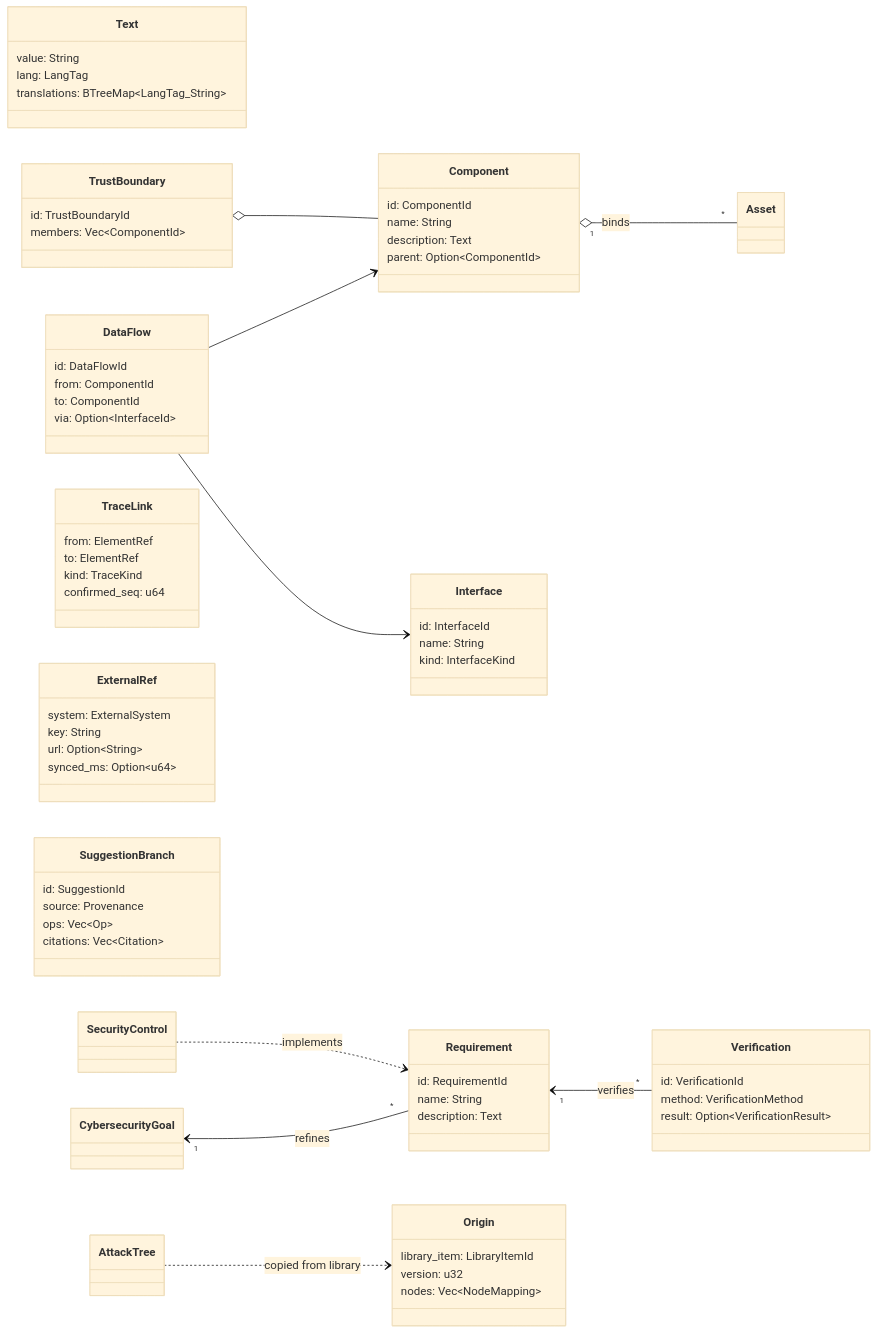
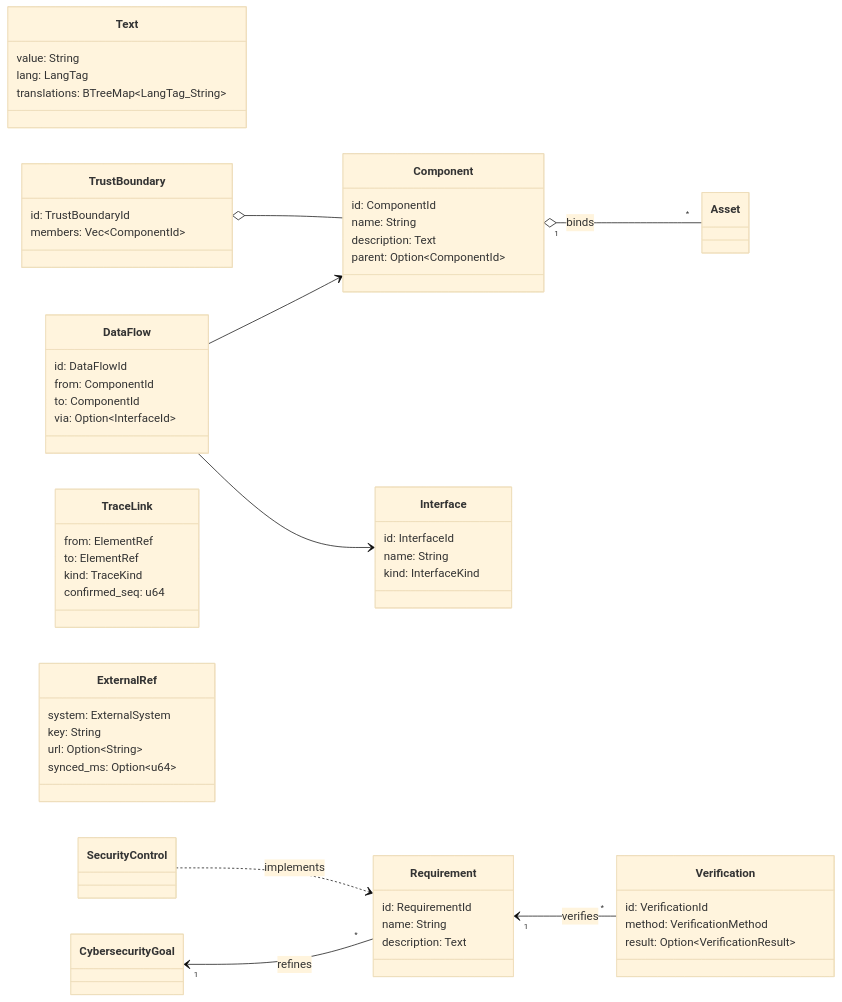
Before and after one commit to eNipu/AegisTARA: diagram 24 of 28 in docs/architecture.md, drawn with Mermaid (base theme). The commit also changed other lines of this file and 111 other files, not shown here.

````diff
--- a/docs/architecture.md
+++ b/docs/architecture.md
@@ -1874,71 +1883,59 @@
 ```mermaid
 classDiagram
     direction LR
     class Text {
         value: String
         lang: LangTag
         translations: BTreeMap~LangTag_String~
     }
     class Component {
         id: ComponentId
         name: String
         description: Text
         parent: Option~ComponentId~
     }
     class Interface {
         id: InterfaceId
         name: String
         kind: InterfaceKind
     }
     class DataFlow {
         id: DataFlowId
         from: ComponentId
         to: ComponentId
         via: Option~InterfaceId~
     }
     class TrustBoundary {
         id: TrustBoundaryId
         members: Vec~ComponentId~
     }
     class Requirement {
         id: RequirementId
         name: String
         description: Text
     }
     class Verification {
         id: VerificationId
         method: VerificationMethod
         result: Option~VerificationResult~
     }
     class TraceLink {
         from: ElementRef
         to: ElementRef
         kind: TraceKind
         confirmed_seq: u64
     }
     class ExternalRef {
         system: ExternalSystem
         key: String
         url: Option~String~
         synced_ms: Option~u64~
     }
-    class Origin {
-        library_item: LibraryItemId
-        version: u32
-        nodes: Vec~NodeMapping~
-    }
-    class SuggestionBranch {
-        id: SuggestionId
-        source: Provenance
-        ops: Vec~Op~
-        citations: Vec~Citation~
-    }
     Component "1" o-- "*" Asset : binds
     DataFlow --> Component
     DataFlow --> Interface
     TrustBoundary o-- Component
     CybersecurityGoal "1" <-- "*" Requirement : refines
     Requirement "1" <-- "*" Verification : verifies
     SecurityControl ..> Requirement : implements
-    AttackTree ..> Origin : copied from library
 ```
````
